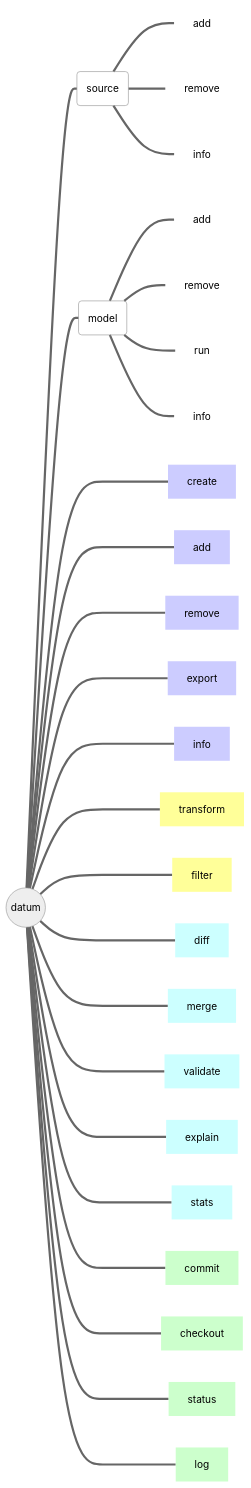
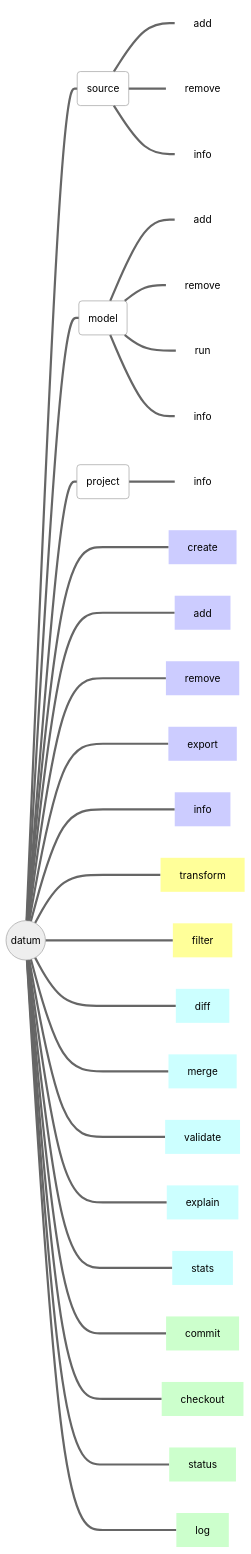
Before and after one commit to openvinotoolkit/datumaro: the first of 2 diagrams in site/content/en/docs/developer_manual.md, drawn with Mermaid. The commit also changed 1 other file, not shown here.

Commit message:
update diagrams

````diff
--- a/site/content/en/docs/developer_manual.md
+++ b/site/content/en/docs/developer_manual.md
@@ -403,40 +403,43 @@
 ```mermaid
 %%{init { 'theme':'neutral' }}%%
 flowchart LR
   d(("#0009; datum #0009;")):::mainclass
   s(source):::nofillclass
   m(model):::nofillclass
+  p(project):::nofillclass
 
   d===s
     s===id1[add]:::hideclass
     s===id2[remove]:::hideclass
     s===id3[info]:::hideclass
   d===m
     m===id4[add]:::hideclass
     m===id5[remove]:::hideclass
     m===id6[run]:::hideclass
     m===id7[info]:::hideclass
+  d===p
+    p===info:::hideclass
   d====str1[create]:::filloneclass
   d====str2[add]:::filloneclass
   d====str3[remove]:::filloneclass
   d====str4[export]:::filloneclass
   d====str5[info]:::filloneclass
   d====str6[transform]:::filltwoclass
   d====str7[filter]:::filltwoclass
   d====str8[diff]:::fillthreeclass
   d====str9[merge]:::fillthreeclass
   d====str10[validate]:::fillthreeclass
   d====str11[explain]:::fillthreeclass
   d====str12[stats]:::fillthreeclass
   d====str13[commit]:::fillfourclass
   d====str14[checkout]:::fillfourclass
   d====str15[status]:::fillfourclass
   d====str16[log]:::fillfourclass
 
   classDef nofillclass fill-opacity:0;
   classDef hideclass fill-opacity:0,stroke-opacity:0;
   classDef filloneclass fill:#CCCCFF,stroke-opacity:0;
   classDef filltwoclass fill:#FFFF99,stroke-opacity:0;
   classDef fillthreeclass fill:#CCFFFF,stroke-opacity:0;
   classDef fillfourclass fill:#CCFFCC,stroke-opacity:0;
 ```
````
